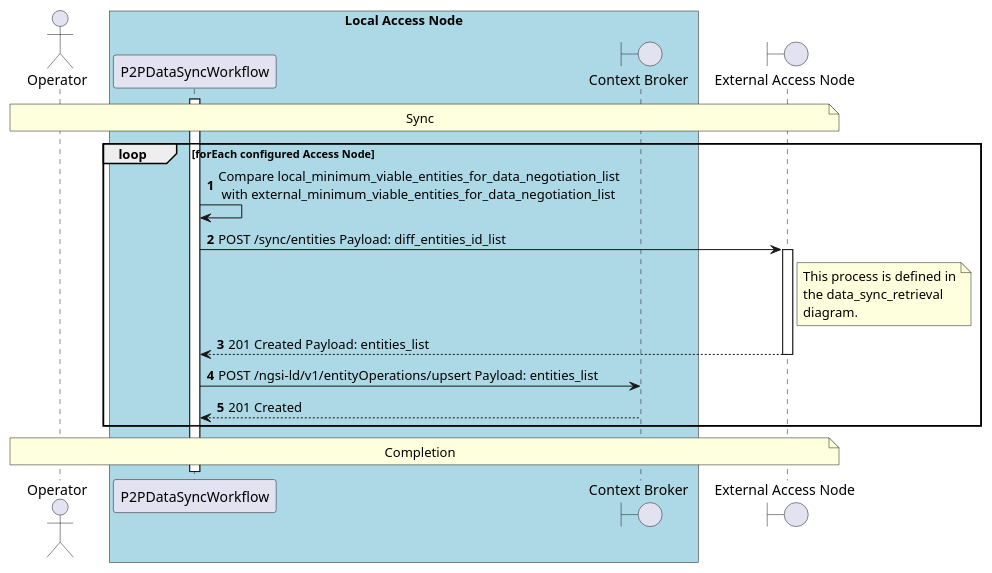
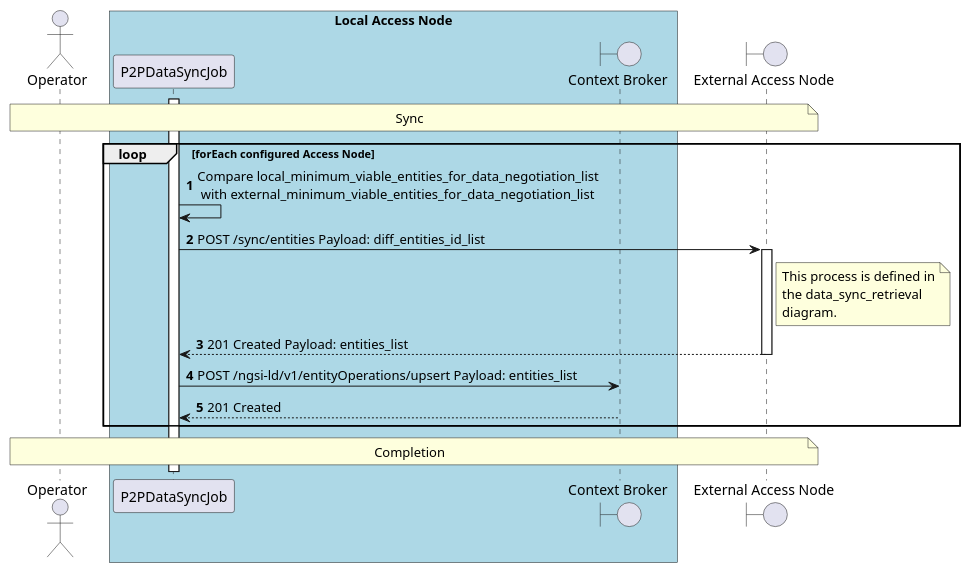
One commit to in2workspace/in2-guides changed the diagram in desmos-tech-doc/diagrams/use-case-data-synchronization-3-sync.puml. Above: the diagram before and after it, drawn with PlantUML. The commit also changed 4 other files, not shown here.

Commit message:
fix(data-syncronization): change p2p data sync workflow to p2p data sync job

```diff
--- a/desmos-tech-doc/diagrams/use-case-data-synchronization-3-sync.puml
+++ b/desmos-tech-doc/diagrams/use-case-data-synchronization-3-sync.puml
@@ -1,47 +1,47 @@
 @startuml
 'https://plantuml.com/sequence-diagram
 
 autonumber
 skinparam BoxPadding 10
 
 ' -------------------- Headers -------------------- '
 
 actor "Operator" as operator
 
 box "Local Access Node" #LightBlue
-    participant "P2PDataSyncWorkflow" as p2p_data_sync_workflow
+    participant "P2PDataSyncJob" as p2p_data_sync_job
     boundary "Context Broker" as context_broker
 end box
 
 boundary "External Access Node" as external_access_node
 
 ' -------------------- Diagram -------------------- '
 
-activate p2p_data_sync_workflow
+activate p2p_data_sync_job
 
 note over operator, external_access_node
     Sync
 end note
 
 
 
 loop forEach configured Access Node
-    p2p_data_sync_workflow -> p2p_data_sync_workflow: Compare local_minimum_viable_entities_for_data_negotiation_list\n with external_minimum_viable_entities_for_data_negotiation_list
-    p2p_data_sync_workflow -> external_access_node++: POST /sync/entities Payload: diff_entities_id_list
+    p2p_data_sync_job -> p2p_data_sync_job: Compare local_minimum_viable_entities_for_data_negotiation_list\n with external_minimum_viable_entities_for_data_negotiation_list
+    p2p_data_sync_job -> external_access_node++: POST /sync/entities Payload: diff_entities_id_list
         note right of external_access_node
             This process is defined in
             the data_sync_retrieval
             diagram.
         end note
     return 201 Created Payload: entities_list
-    p2p_data_sync_workflow -> context_broker: POST /ngsi-ld/v1/entityOperations/upsert Payload: entities_list
+    p2p_data_sync_job -> context_broker: POST /ngsi-ld/v1/entityOperations/upsert Payload: entities_list
     return 201 Created
 end
 
 note over operator, external_access_node
     Completion
 end note
 
 
 
 @enduml
```
